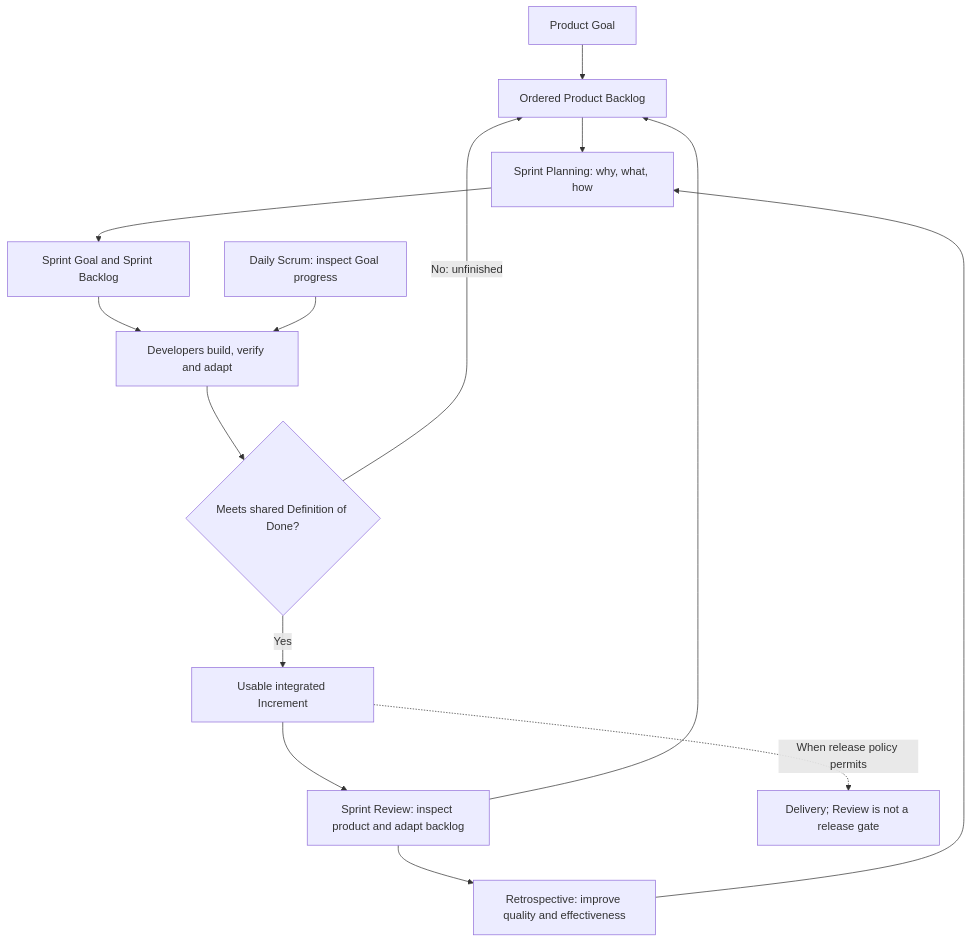
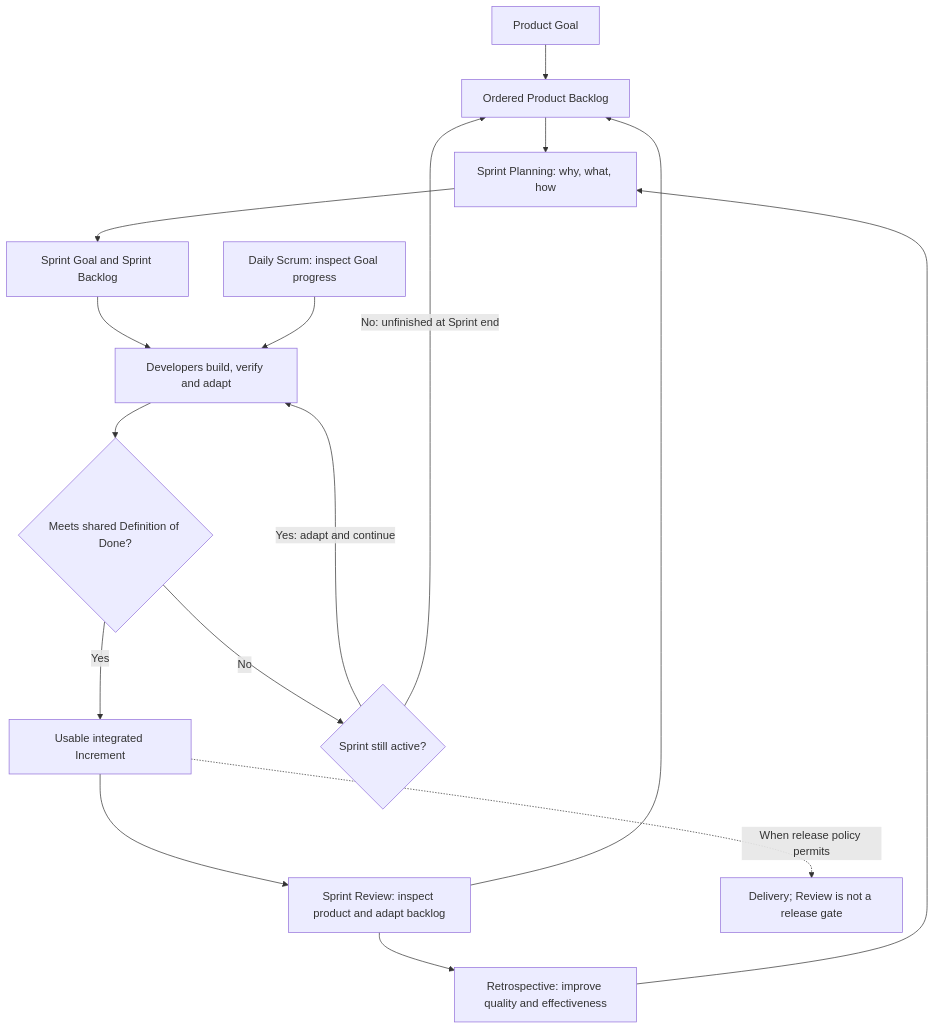
Before and after one commit to KeuqS/scrum-skill: the first of 5 diagrams in README.md, drawn with Mermaid. The commit also changed other lines of this file and 11 other files, not shown here.

````diff
--- a/README.md
+++ b/README.md
@@ -69,16 +69,18 @@
 ```mermaid
 flowchart TB
   Goal["Product Goal"] --> PB["Ordered Product Backlog"]
   PB --> Plan["Sprint Planning: why, what, how"]
   Plan --> SB["Sprint Goal and Sprint Backlog"]
   SB --> Work["Developers build, verify and adapt"]
   Daily["Daily Scrum: inspect Goal progress"] --> Work
   Work --> Quality{"Meets shared Definition of Done?"}
   Quality -->|Yes| Inc["Usable integrated Increment"]
-  Quality -->|No: unfinished| PB
+  Quality -->|No| Active{"Sprint still active?"}
+  Active -->|Yes: adapt and continue| Work
+  Active -->|No: unfinished at Sprint end| PB
   Inc --> Review["Sprint Review: inspect product and adapt backlog"]
   Review --> PB
   Review --> Retro["Retrospective: improve quality and effectiveness"]
   Retro --> Plan
   Inc -.->|When release policy permits| Delivery["Delivery; Review is not a release gate"]
 ```
````
